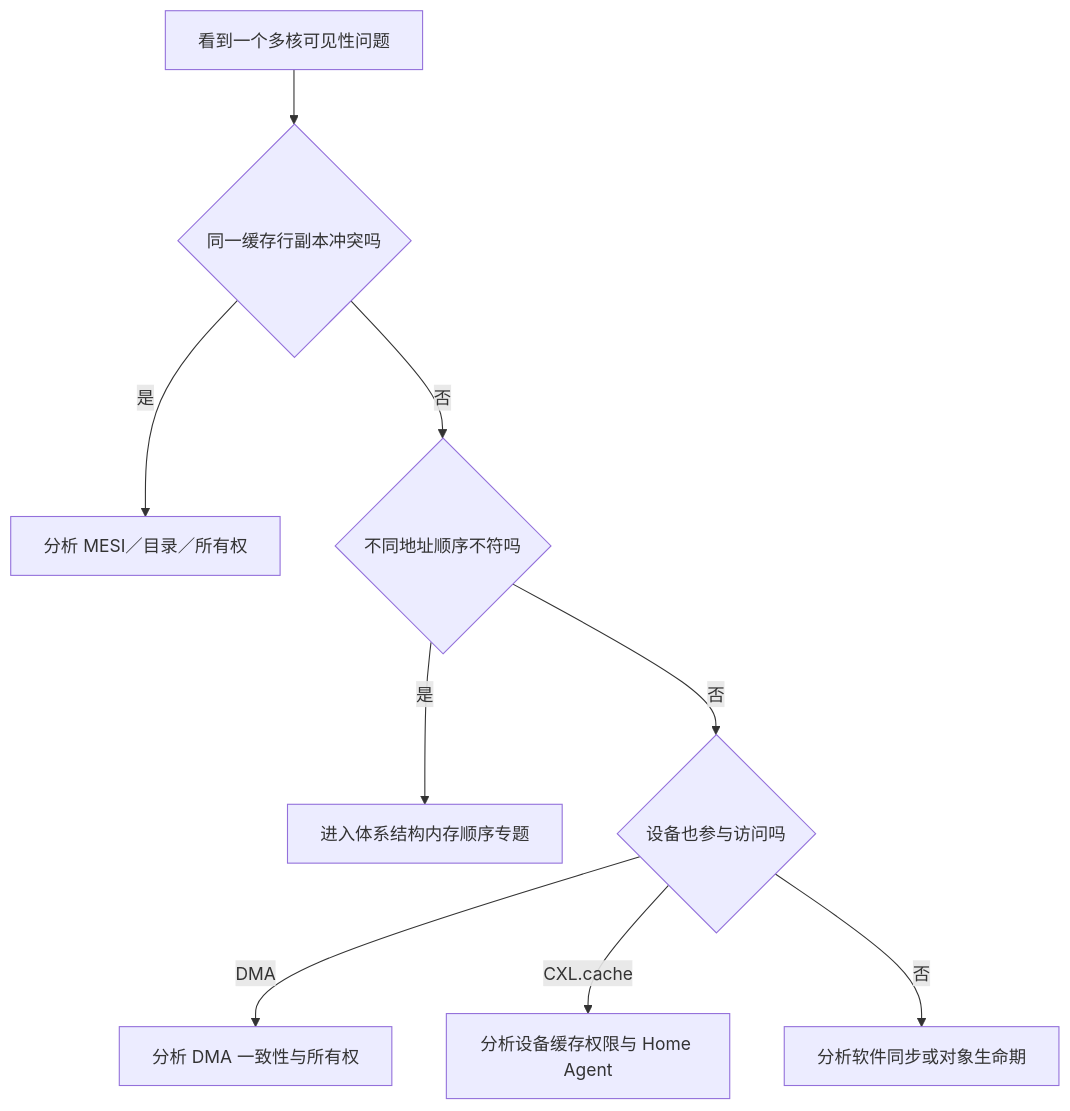
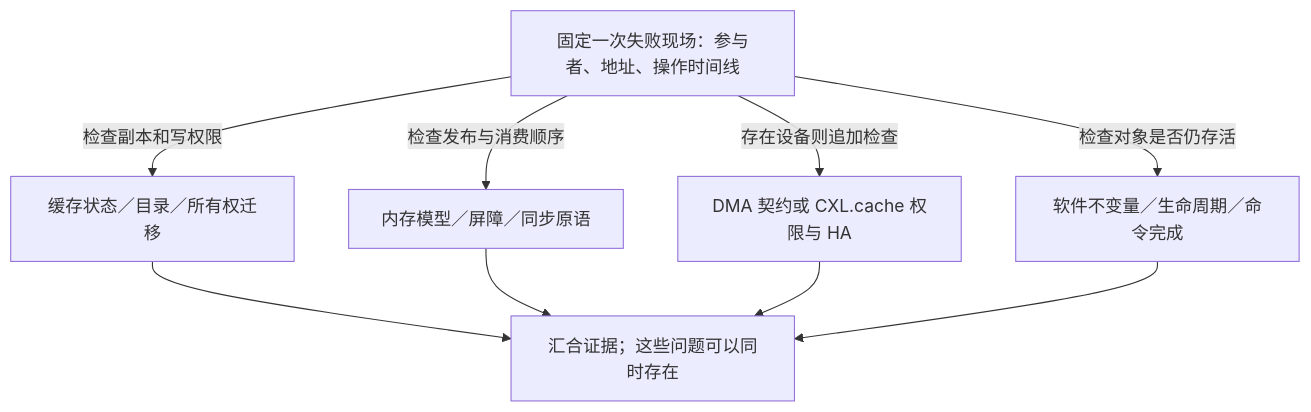
The diagram in knowledge/foundations/computer_architecture/cache_coherence/P10_缓存一致性协议边界与学习核对.md (FormingSystem/linux_note), drawn with Mermaid before and after one commit. The commit also changed other lines of this file and 10 other files, not shown here.

First line of the commit message:
content(architecture/cache): 重建缓存一致性事务与硬件职责的因果讲解

````diff
--- a/knowledge/foundations/computer_architecture/cache_coherence/P10_缓存一致性协议边界与学习核对.md
+++ b/knowledge/foundations/computer_architecture/cache_coherence/P10_缓存一致性协议边界与学习核对.md
@@ -24,11 +26,12 @@
 ```mermaid
 flowchart TD
-    Q[看到一个多核可见性问题] --> A{同一缓存行副本冲突吗}
-    A -->|是| C[分析 MESI／目录／所有权]
-    A -->|否| O{不同地址顺序不符吗}
-    O -->|是| M[进入体系结构内存顺序专题]
-    O -->|否| D{设备也参与访问吗}
-    D -->|DMA| DMA[分析 DMA 一致性与所有权]
-    D -->|CXL.cache| CXL[分析设备缓存权限与 Home Agent]
-    D -->|否| S[分析软件同步或对象生命期]
+    Q[固定一次失败现场：参与者、地址、操作时间线]
+    Q -->|检查副本和写权限| C[缓存状态／目录／所有权迁移]
+    Q -->|检查发布与消费顺序| M[内存模型／屏障／同步原语]
+    Q -->|存在设备则追加检查| D[DMA 契约或 CXL.cache 权限与 HA]
+    Q -->|检查对象是否仍存活| S[软件不变量／生命周期／命令完成]
+    C --> A[汇合证据；这些问题可以同时存在]
+    M --> A
+    D --> A
+    S --> A
 ```
````
